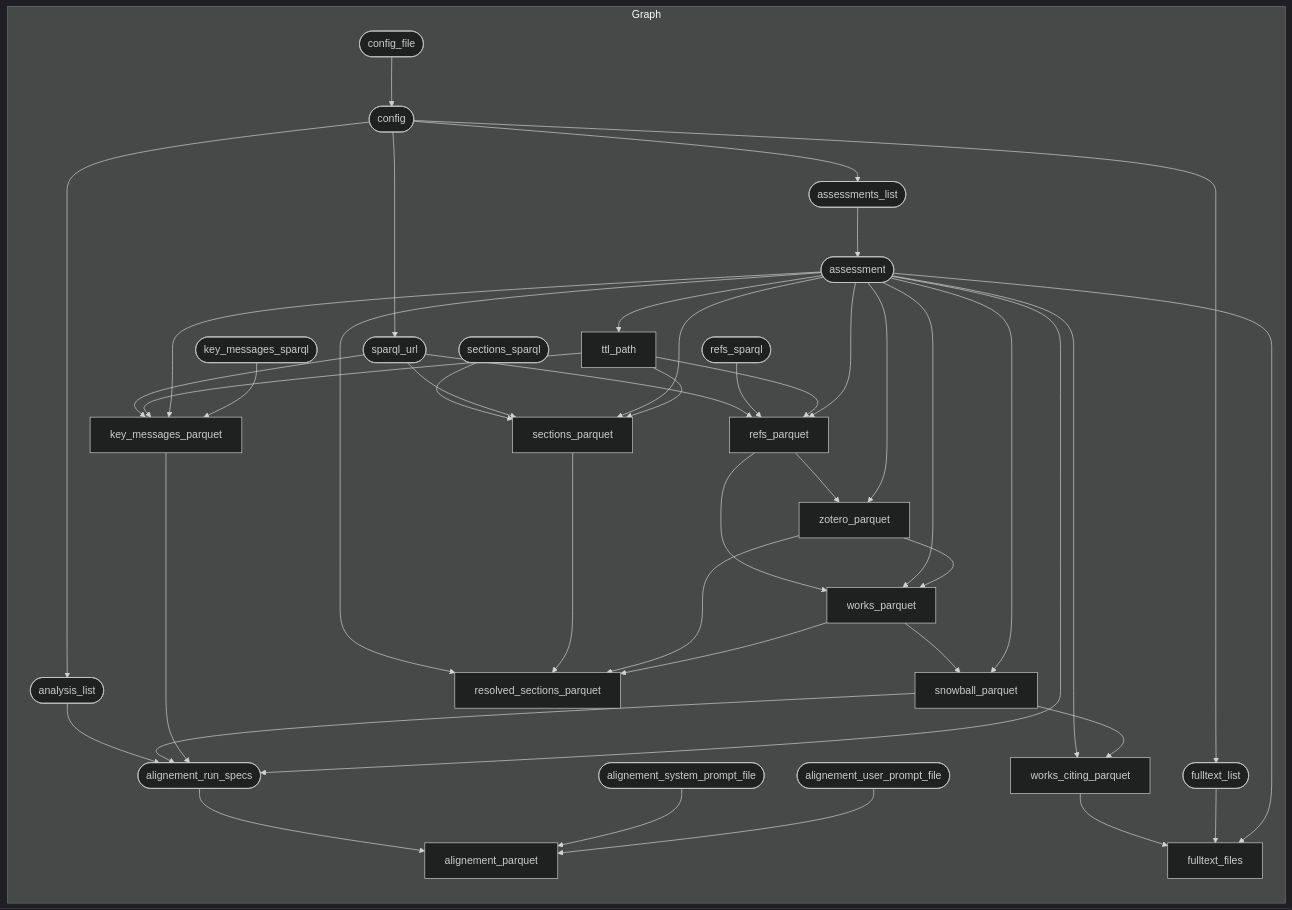
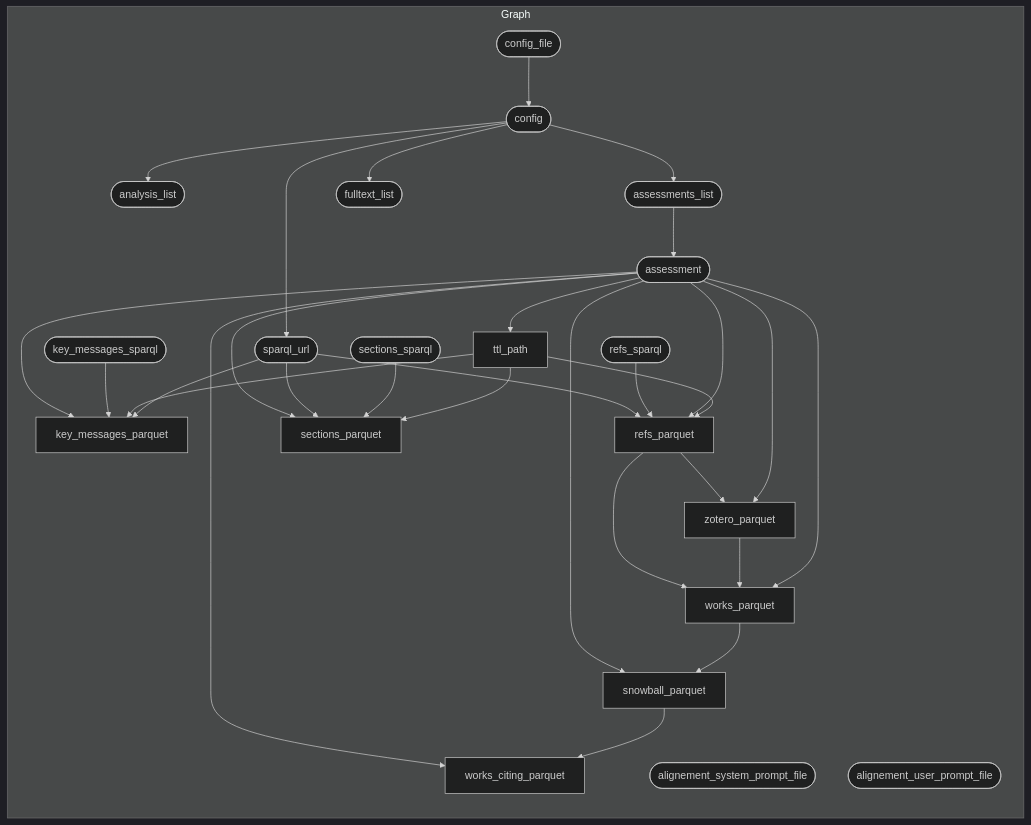
One commit to IPBES-Data/IPBES_BM_Fact_Checker changed the diagram in input/mmd/pipeline.mmd. Above: the diagram before and after it, drawn with Mermaid (dark theme). The commit also changed 17 other files, not shown here.

First line of the commit message:
Switch SPARQL to per-assessment named graphs; fix snowball schema bugs

```diff
--- a/input/mmd/pipeline.mmd
+++ b/input/mmd/pipeline.mmd
@@ -1,47 +1,34 @@
 graph TD
   subgraph Graph
     direction TD
-    xebff60497f6620d9(["alignement_run_specs"]) --> x9849fd19551b97ed["alignement_parquet"]
-    x43f85d41e2b71f3f(["alignement_system_prompt_file"]) --> x9849fd19551b97ed["alignement_parquet"]
-    xe3a3f6b5df791859(["alignement_user_prompt_file"]) --> x9849fd19551b97ed["alignement_parquet"]
-    x63a1542820687fc8(["analysis_list"]) --> xebff60497f6620d9(["alignement_run_specs"])
-    xdb22778f9ff9b079["snowball_parquet"] --> xebff60497f6620d9(["alignement_run_specs"])
-    x1b5c1cdf9ba064e4["key_messages_parquet"] --> xebff60497f6620d9(["alignement_run_specs"])
-    x7096e63b1af7fc2e(["assessment"]) --> xebff60497f6620d9(["alignement_run_specs"])
     x20aa1e7dd2a106e5(["config"]) --> x63a1542820687fc8(["analysis_list"])
     xf8f6f156e3c3b679(["assessments_list"]) --> x7096e63b1af7fc2e(["assessment"])
     x20aa1e7dd2a106e5(["config"]) --> xf8f6f156e3c3b679(["assessments_list"])
     x9909b451a6a56060(["config_file"]) --> x20aa1e7dd2a106e5(["config"])
-    x6bd40d1623e4b2a6["works_citing_parquet"] --> x0ae42c40c8a26599["fulltext_files"]
-    x8a0deb79ae55ae78(["fulltext_list"]) --> x0ae42c40c8a26599["fulltext_files"]
-    x7096e63b1af7fc2e(["assessment"]) --> x0ae42c40c8a26599["fulltext_files"]
     x20aa1e7dd2a106e5(["config"]) --> x8a0deb79ae55ae78(["fulltext_list"])
-    xcae032f895dcdbee(["sparql_url"]) --> x1b5c1cdf9ba064e4["key_messages_parquet"]
-    xda2ef7d9d7074388["ttl_path"] --> x1b5c1cdf9ba064e4["key_messages_parquet"]
     x7096e63b1af7fc2e(["assessment"]) --> x1b5c1cdf9ba064e4["key_messages_parquet"]
     x71e70b33567e8c77(["key_messages_sparql"]) --> x1b5c1cdf9ba064e4["key_messages_parquet"]
+    xda2ef7d9d7074388["ttl_path"] --> x1b5c1cdf9ba064e4["key_messages_parquet"]
+    xcae032f895dcdbee(["sparql_url"]) --> x1b5c1cdf9ba064e4["key_messages_parquet"]
     xcae032f895dcdbee(["sparql_url"]) --> x4c5608b5b57c599b["refs_parquet"]
     xf258716a437e6a24(["refs_sparql"]) --> x4c5608b5b57c599b["refs_parquet"]
+    x7096e63b1af7fc2e(["assessment"]) --> x4c5608b5b57c599b["refs_parquet"]
     xda2ef7d9d7074388["ttl_path"] --> x4c5608b5b57c599b["refs_parquet"]
-    x7096e63b1af7fc2e(["assessment"]) --> x4c5608b5b57c599b["refs_parquet"]
-    x7096e63b1af7fc2e(["assessment"]) --> x65df84899286d535["resolved_sections_parquet"]
-    xc27197d40d6acf57["sections_parquet"] --> x65df84899286d535["resolved_sections_parquet"]
-    xe6d26d705b0e239b["zotero_parquet"] --> x65df84899286d535["resolved_sections_parquet"]
-    x31e4fc98a3c6921c["works_parquet"] --> x65df84899286d535["resolved_sections_parquet"]
+    x7096e63b1af7fc2e(["assessment"]) --> xc27197d40d6acf57["sections_parquet"]
+    xcae032f895dcdbee(["sparql_url"]) --> xc27197d40d6acf57["sections_parquet"]
     xbaf7d5ee2a70bea4(["sections_sparql"]) --> xc27197d40d6acf57["sections_parquet"]
-    xcae032f895dcdbee(["sparql_url"]) --> xc27197d40d6acf57["sections_parquet"]
-    x7096e63b1af7fc2e(["assessment"]) --> xc27197d40d6acf57["sections_parquet"]
     xda2ef7d9d7074388["ttl_path"] --> xc27197d40d6acf57["sections_parquet"]
+    x7096e63b1af7fc2e(["assessment"]) --> xdb22778f9ff9b079["snowball_parquet"]
     x31e4fc98a3c6921c["works_parquet"] --> xdb22778f9ff9b079["snowball_parquet"]
-    x7096e63b1af7fc2e(["assessment"]) --> xdb22778f9ff9b079["snowball_parquet"]
     x20aa1e7dd2a106e5(["config"]) --> xcae032f895dcdbee(["sparql_url"])
     x7096e63b1af7fc2e(["assessment"]) --> xda2ef7d9d7074388["ttl_path"]
     x7096e63b1af7fc2e(["assessment"]) --> x6bd40d1623e4b2a6["works_citing_parquet"]
     xdb22778f9ff9b079["snowball_parquet"] --> x6bd40d1623e4b2a6["works_citing_parquet"]
     x4c5608b5b57c599b["refs_parquet"] --> x31e4fc98a3c6921c["works_parquet"]
+    xe6d26d705b0e239b["zotero_parquet"] --> x31e4fc98a3c6921c["works_parquet"]
     x7096e63b1af7fc2e(["assessment"]) --> x31e4fc98a3c6921c["works_parquet"]
-    xe6d26d705b0e239b["zotero_parquet"] --> x31e4fc98a3c6921c["works_parquet"]
     x4c5608b5b57c599b["refs_parquet"] --> xe6d26d705b0e239b["zotero_parquet"]
     x7096e63b1af7fc2e(["assessment"]) --> xe6d26d705b0e239b["zotero_parquet"]
-    
+    x43f85d41e2b71f3f(["alignement_system_prompt_file"])
+    xe3a3f6b5df791859(["alignement_user_prompt_file"])
   end
```
